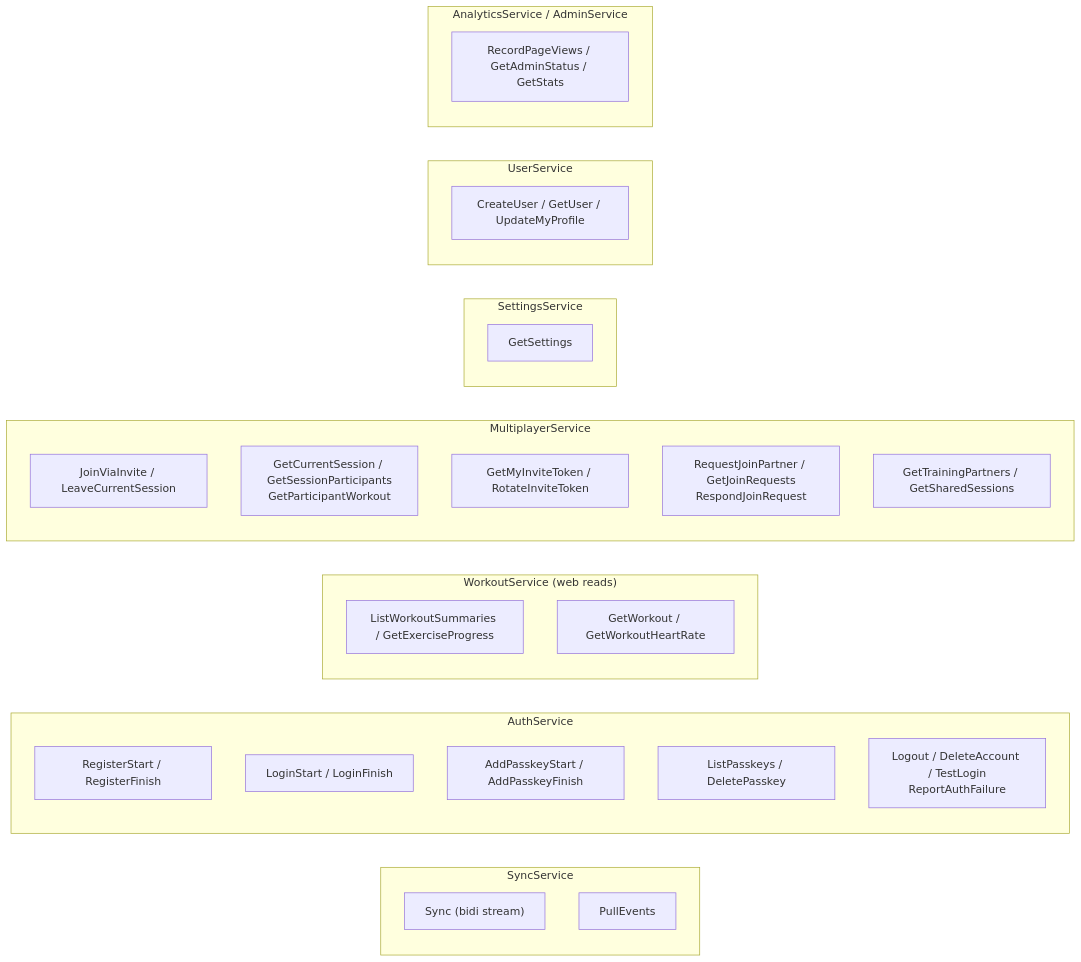
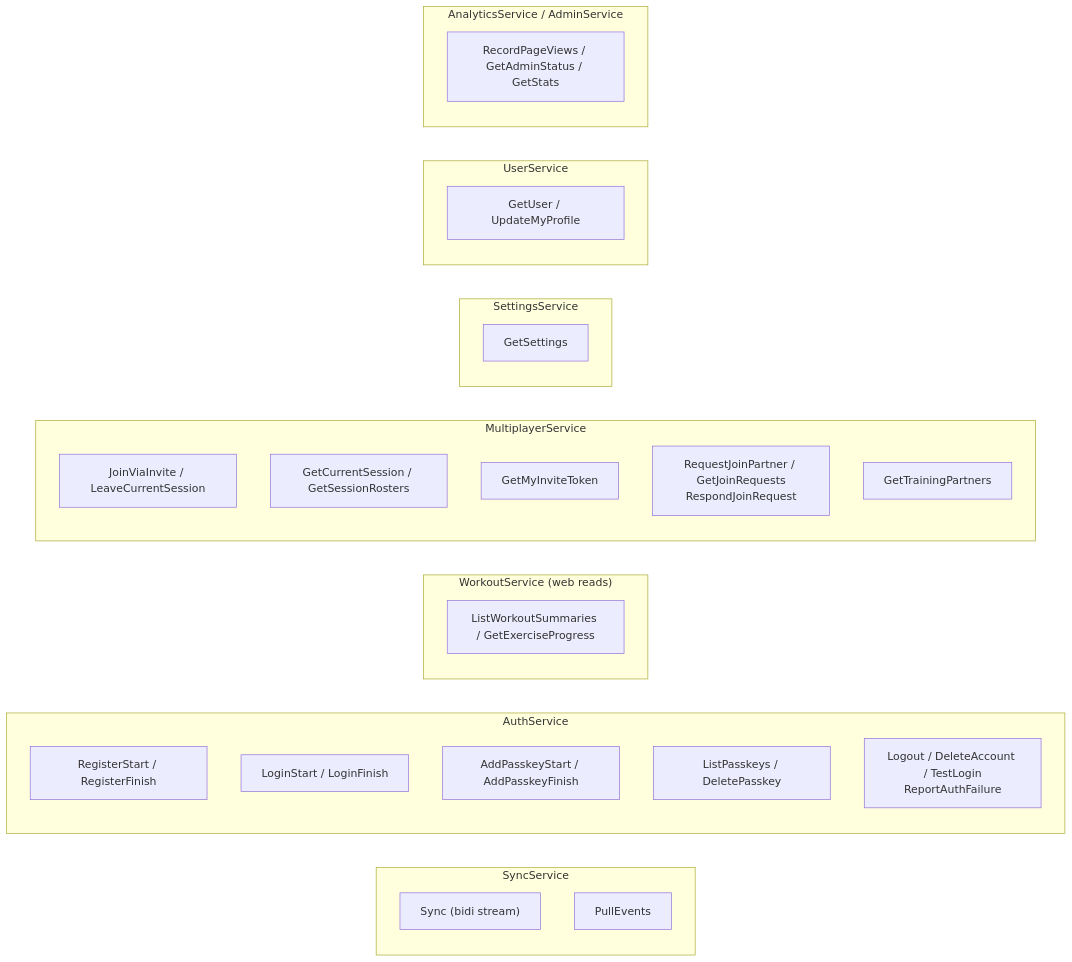
The third of 3 diagrams in docs/architecture/backend.md (brensch/lift), drawn with Mermaid before and after one commit. The commit also changed other lines of this file and 294 other files, not shown here.

````diff
--- a/docs/architecture/backend.md
+++ b/docs/architecture/backend.md
@@ -153,34 +153,33 @@
 ```mermaid
 graph LR
     subgraph "SyncService"
         y1["Sync (bidi stream)"]
         y2["PullEvents"]
     end
     subgraph "AuthService"
         a1["RegisterStart / RegisterFinish"]
         a2["LoginStart / LoginFinish"]
         a3["AddPasskeyStart / AddPasskeyFinish"]
         a4["ListPasskeys / DeletePasskey"]
         a5["Logout / DeleteAccount / TestLogin<br/>ReportAuthFailure"]
     end
     subgraph "WorkoutService (web reads)"
         w1["ListWorkoutSummaries / GetExerciseProgress"]
-        w2["GetWorkout / GetWorkoutHeartRate"]
     end
     subgraph "MultiplayerService"
         m1["JoinViaInvite / LeaveCurrentSession"]
-        m2["GetCurrentSession / GetSessionParticipants<br/>GetParticipantWorkout"]
-        m3["GetMyInviteToken / RotateInviteToken"]
+        m2["GetCurrentSession / GetSessionRosters"]
+        m3["GetMyInviteToken"]
         m4["RequestJoinPartner / GetJoinRequests<br/>RespondJoinRequest"]
-        m5["GetTrainingPartners / GetSharedSessions"]
+        m5["GetTrainingPartners"]
     end
     subgraph "SettingsService"
         s1["GetSettings"]
     end
     subgraph "UserService"
-        u1["CreateUser / GetUser / UpdateMyProfile"]
+        u1["GetUser / UpdateMyProfile"]
     end
     subgraph "AnalyticsService / AdminService"
         x1["RecordPageViews / GetAdminStatus / GetStats"]
     end
 ```
````
